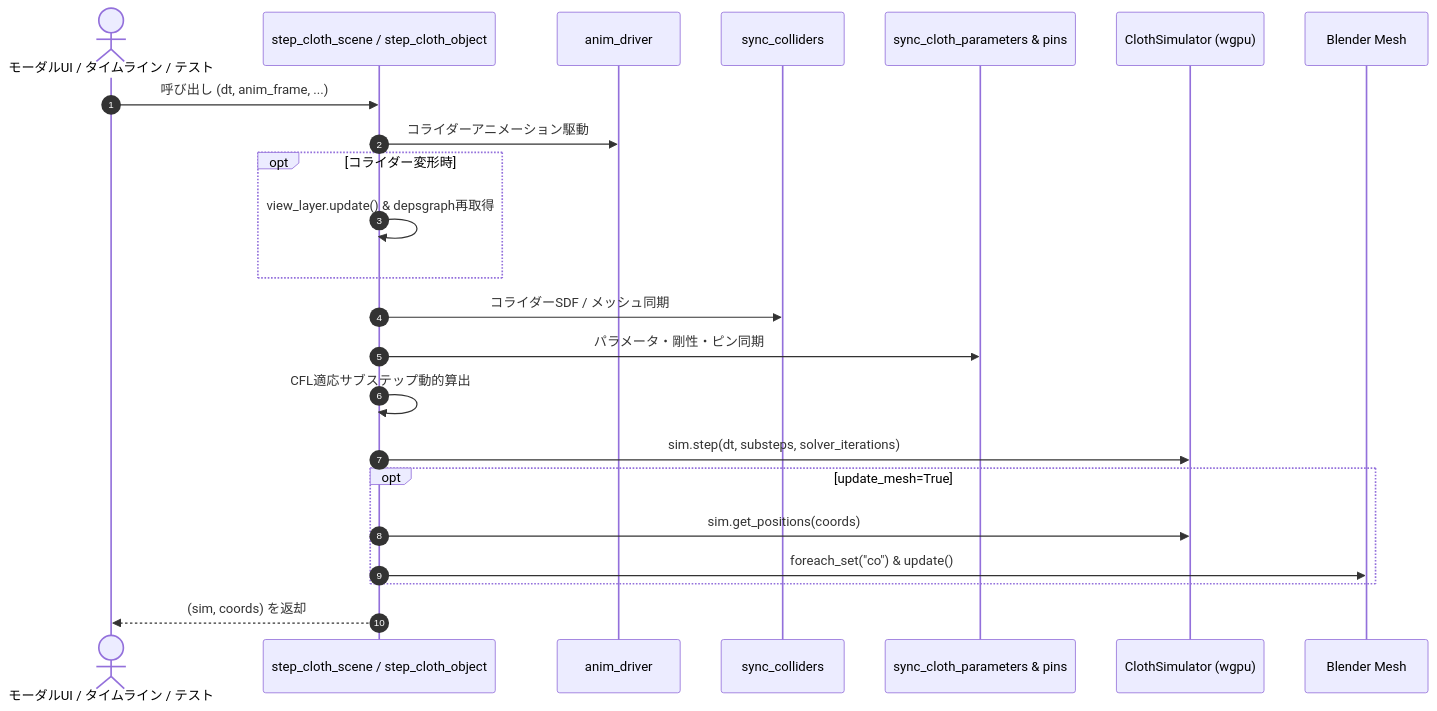
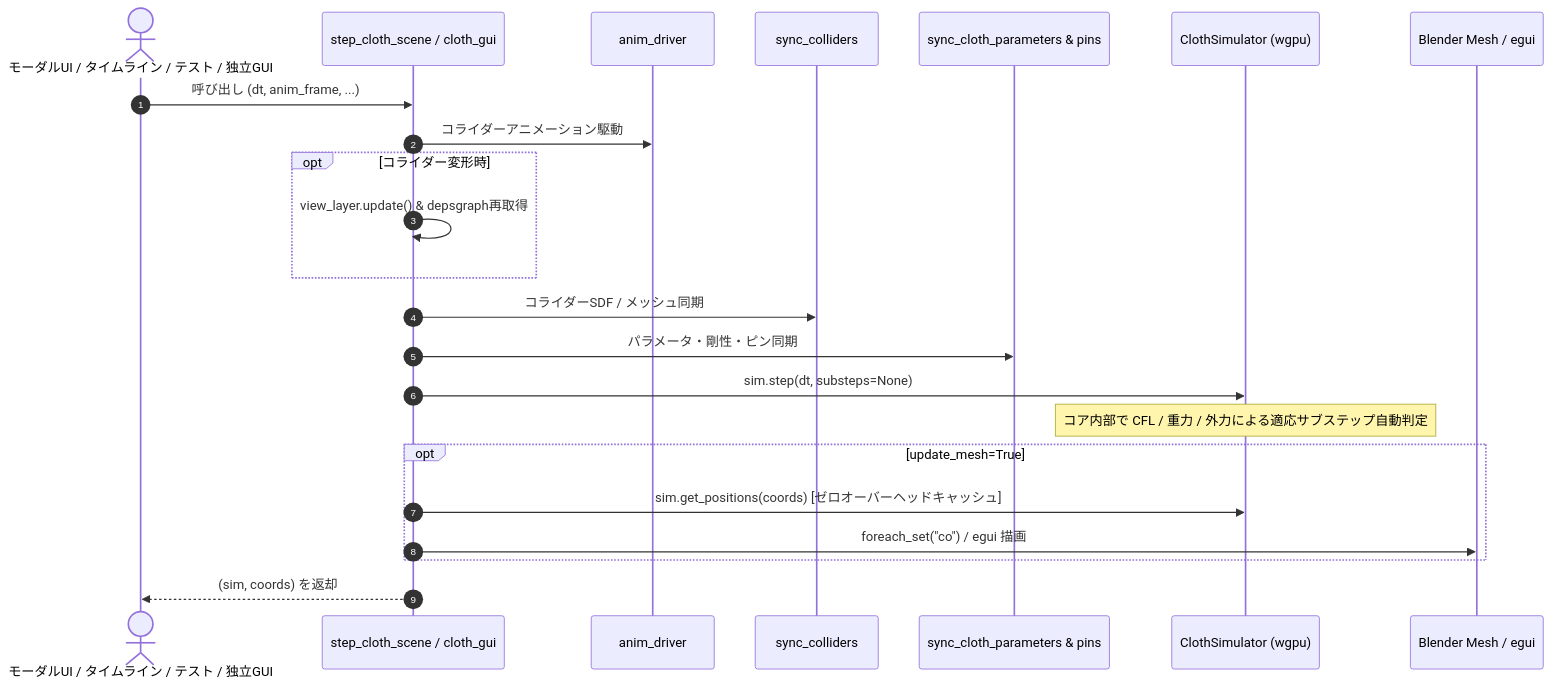
The second of 9 diagrams in docs/architecture.md (Taremin/TareminCloth), drawn with Mermaid before and after one commit. The commit also changed other lines of this file and 15 other files, not shown here.

````diff
--- a/docs/architecture.md
+++ b/docs/architecture.md
@@ -36,26 +36,26 @@
 ```mermaid
 sequenceDiagram
     autonumber
-    actor User as モーダルUI / タイムライン / テスト
-    participant Runner as step_cloth_scene / step_cloth_object
+    actor User as モーダルUI / タイムライン / テスト / 独立GUI
+    participant Runner as step_cloth_scene / cloth_gui
     participant Anim as anim_driver
     participant SyncCol as sync_colliders
     participant SyncParam as sync_cloth_parameters & pins
     participant GPU as ClothSimulator (wgpu)
-    participant Mesh as Blender Mesh
+    participant Mesh as Blender Mesh / egui
 
     User->>Runner: 呼び出し (dt, anim_frame, ...)
     Runner->>Anim: コライダーアニメーション駆動
     opt コライダー変形時
         Runner->>Runner: view_layer.update() & depsgraph再取得
     end
     Runner->>SyncCol: コライダーSDF / メッシュ同期
     Runner->>SyncParam: パラメータ・剛性・ピン同期
-    Runner->>Runner: CFL適応サブステップ動的算出
-    Runner->>GPU: sim.step(dt, substeps, solver_iterations)
+    Runner->>GPU: sim.step(dt, substeps=None)
+    Note over GPU: コア内部で CFL / 重力 / 外力による適応サブステップ自動判定
     opt update_mesh=True
-        Runner->>GPU: sim.get_positions(coords)
-        Runner->>Mesh: foreach_set("co") & update()
+        Runner->>GPU: sim.get_positions(coords) [ゼロオーバーヘッドキャッシュ]
+        Runner->>Mesh: foreach_set("co") / egui 描画
     end
     Runner-->>User: (sim, coords) を返却
 ```
````
